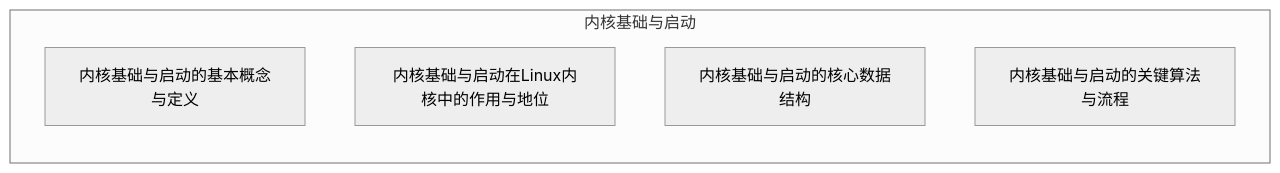
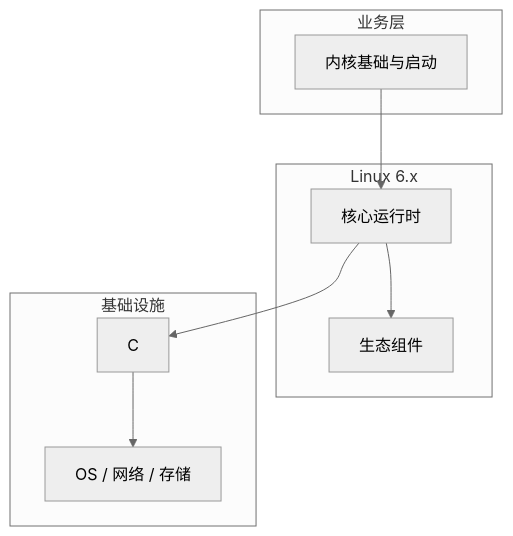
The diagram in articles/Linux内核/chapters/015-内核基础与启动的对比与选型.md (yanggan2015/knowledge-json-v2), drawn with Mermaid (neutral theme) before and after one commit. The commit also changed other lines of this file and 10127 other files, not shown here.

````diff
--- a/articles/Linux内核/chapters/015-内核基础与启动的对比与选型.md
+++ b/articles/Linux内核/chapters/015-内核基础与启动的对比与选型.md
@@ -45,9 +34,18 @@
 ```mermaid
-graph LR
-    subgraph 内核基础与启动
-        C0[内核基础与启动的基本概念与定义]
-        C1[内核基础与启动在Linux内核中的作用与地位]
-        C2[内核基础与启动的核心数据结构]
-        C3[内核基础与启动的关键算法与流程]
+graph TB
+    subgraph 业务层
+        A[内核基础与启动]
     end
+    subgraph Linux 6.x
+        B[核心运行时]
+        C[生态组件]
+    end
+    subgraph 基础设施
+        D[C]
+        E[OS / 网络 / 存储]
+    end
+    A --> B
+    B --> C
+    B --> D
+    D --> E
 ```
````
